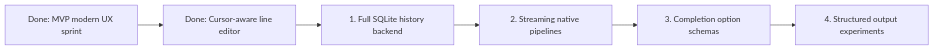
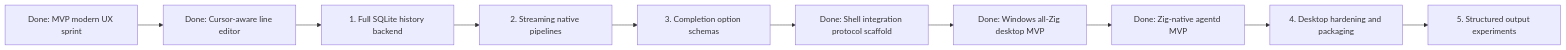
The diagram in docs/ROADMAP.md (PascalAI2024/ZiggyZag), drawn with Mermaid before and after one commit. The commit also changed other lines of this file and 51 other files, not shown here.

````diff
--- a/docs/ROADMAP.md
+++ b/docs/ROADMAP.md
@@ -26,8 +29,12 @@
 ```mermaid
 flowchart LR
     a["Done: MVP modern UX sprint"] --> b["Done: Cursor-aware line editor"]
     b --> c["1. Full SQLite history backend"]
     c --> d["2. Streaming native pipelines"]
     d --> e["3. Completion option schemas"]
-    e --> f["4. Structured output experiments"]
+    e --> f["Done: Shell integration protocol scaffold"]
+    f --> g["Done: Windows all-Zig desktop MVP"]
+    g --> h["Done: Zig-native agentd MVP"]
+    h --> i["4. Desktop hardening and packaging"]
+    i --> j["5. Structured output experiments"]
 ```
````
